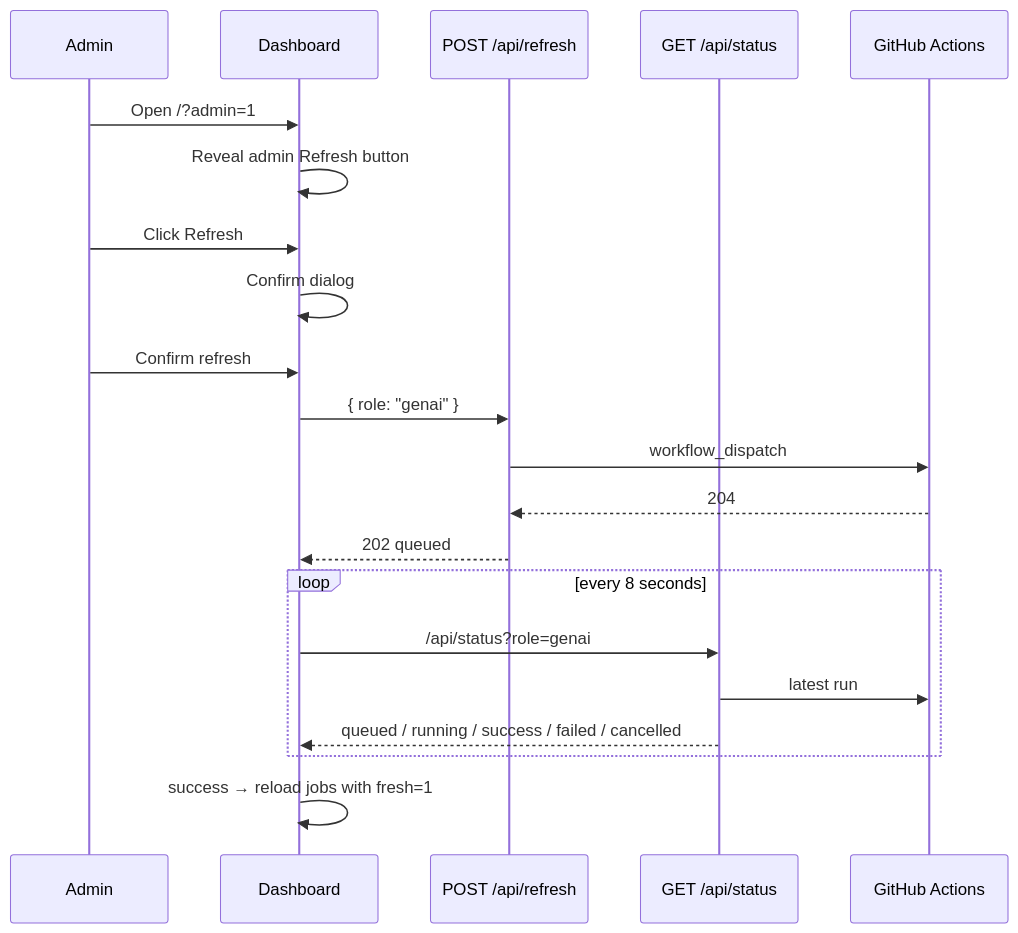
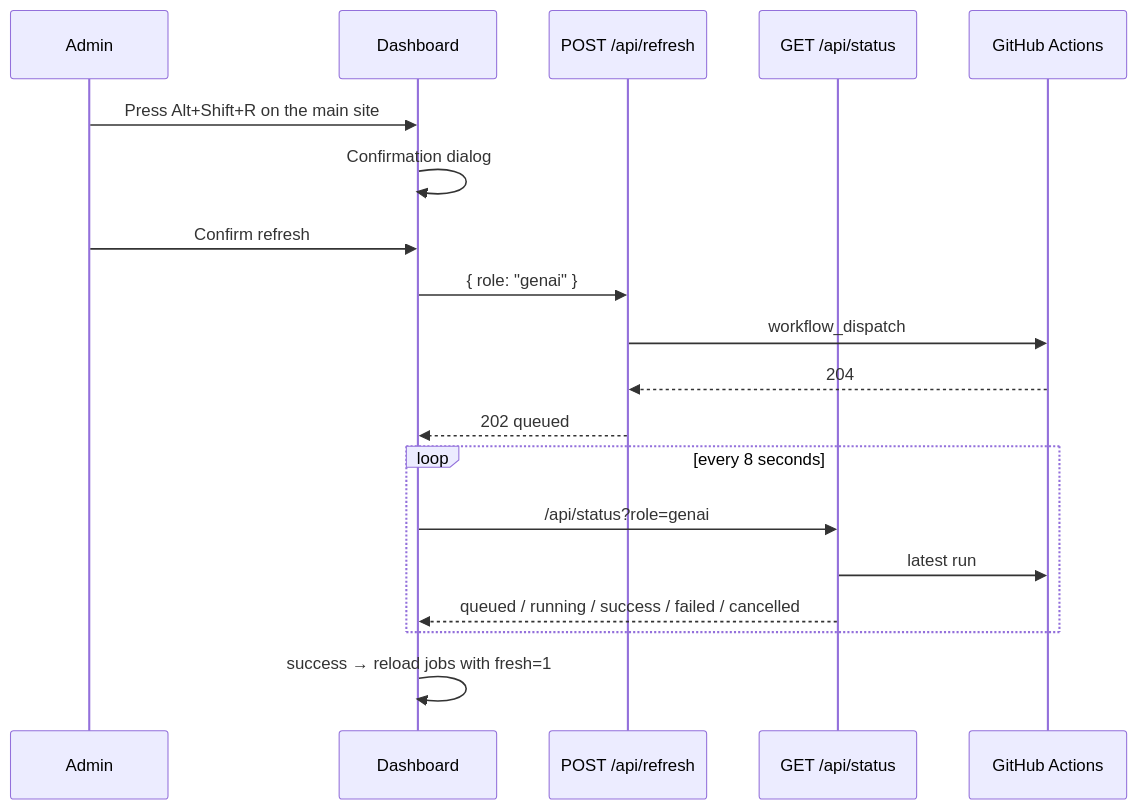
The third of 3 diagrams in docs/ARCHITECTURE.md (Dilip457/jobhunt-hub), drawn with Mermaid before and after one commit. The commit also changed other lines of this file and 4 other files, not shown here.

````diff
--- a/docs/ARCHITECTURE.md
+++ b/docs/ARCHITECTURE.md
@@ -362,24 +362,22 @@
 ```mermaid
 sequenceDiagram
     participant Admin
     participant UI as Dashboard
     participant Refresh as POST /api/refresh
     participant Status as GET /api/status
     participant GH as GitHub Actions
 
-    Admin->>UI: Open /?admin=1
-    UI->>UI: Reveal admin Refresh button
-    Admin->>UI: Click Refresh
-    UI->>UI: Confirm dialog
+    Admin->>UI: Press Alt+Shift+R on the main site
+    UI->>UI: Confirmation dialog
     Admin->>UI: Confirm refresh
     UI->>Refresh: { role: "genai" }
     Refresh->>GH: workflow_dispatch
     GH-->>Refresh: 204
     Refresh-->>UI: 202 queued
     loop every 8 seconds
         UI->>Status: /api/status?role=genai
         Status->>GH: latest run
         Status-->>UI: queued / running / success / failed / cancelled
     end
     UI->>UI: success → reload jobs with fresh=1
 ```
````
